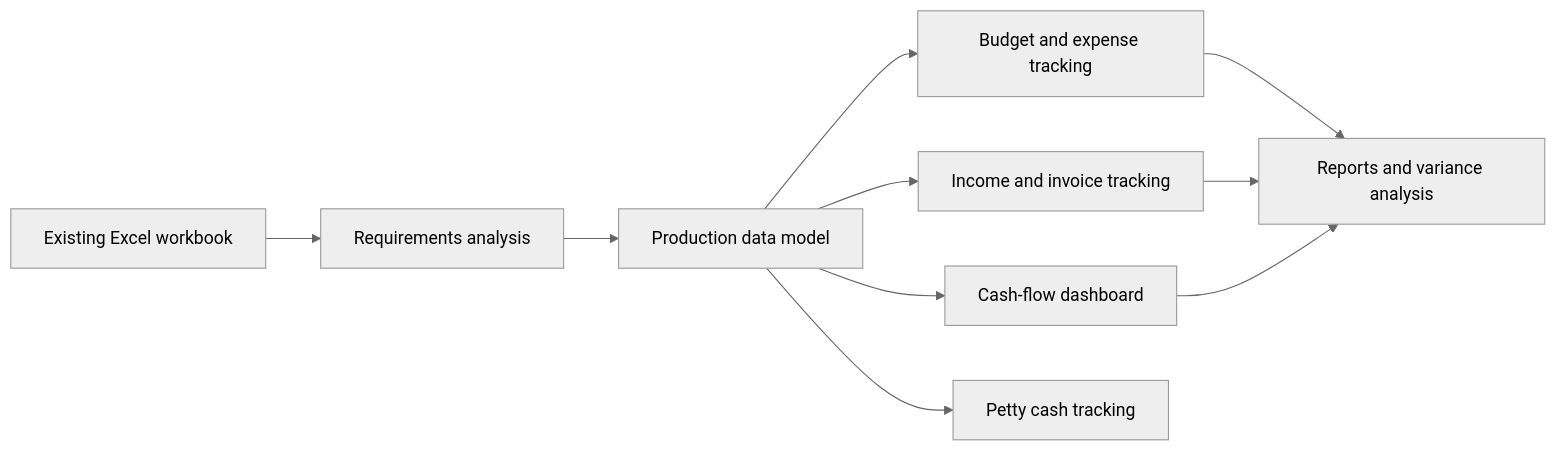
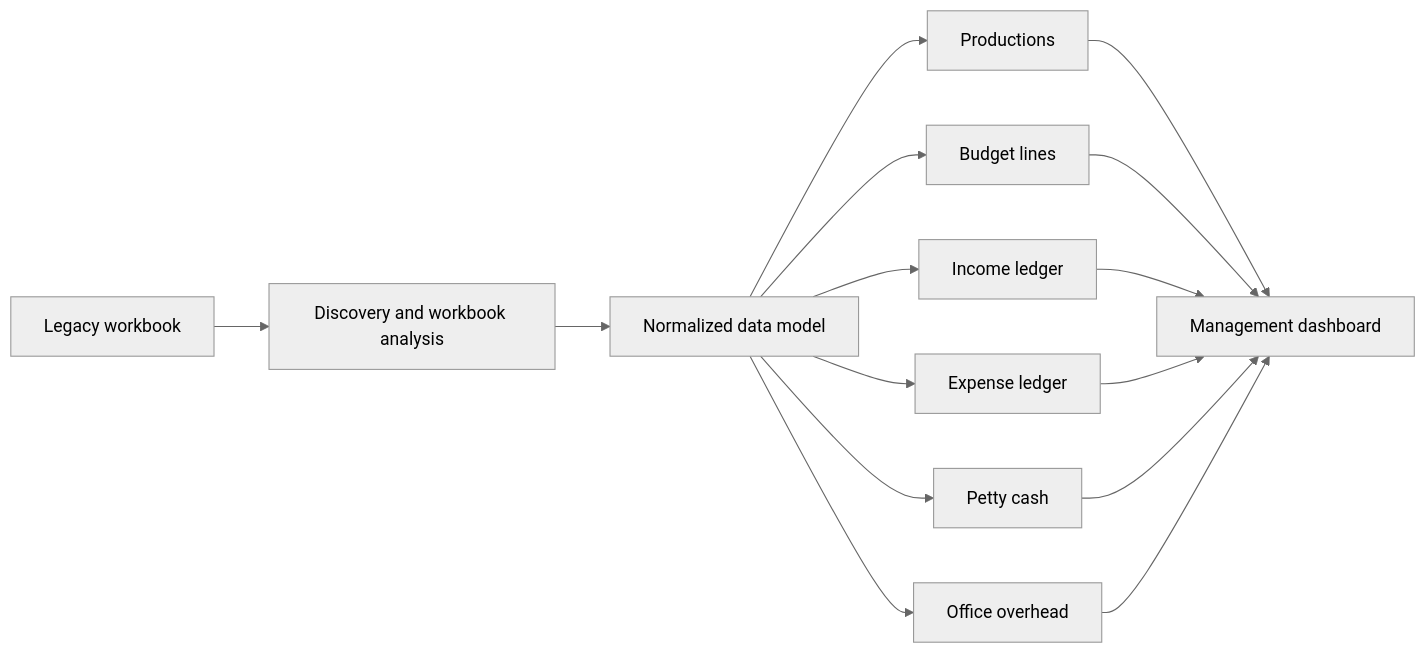
One commit to Pilike/business-systems-automation-case-studies changed the diagram in case-studies/production-company-excel-system-analysis.md. Above: the diagram before and after it, drawn with Mermaid (neutral theme). The commit also changed other lines of this file and 6 other files, not shown here.

````diff
--- a/case-studies/production-company-excel-system-analysis.md
+++ b/case-studies/production-company-excel-system-analysis.md
@@ -43,12 +49,17 @@
 ```mermaid
 flowchart LR
-    A[Existing Excel workbook] --> B[Requirements analysis]
-    B --> C[Production data model]
-    C --> D[Budget and expense tracking]
-    C --> E[Income and invoice tracking]
-    C --> F[Cash-flow dashboard]
-    C --> G[Petty cash tracking]
-    D --> H[Reports and variance analysis]
-    E --> H
-    F --> H
+    A[Legacy workbook] --> B[Discovery and workbook analysis]
+    B --> C[Normalized data model]
+    C --> D[Productions]
+    C --> E[Budget lines]
+    C --> F[Income ledger]
+    C --> G[Expense ledger]
+    C --> H[Petty cash]
+    C --> I[Office overhead]
+    D --> J[Management dashboard]
+    E --> J
+    F --> J
+    G --> J
+    H --> J
+    I --> J
 ```
````
